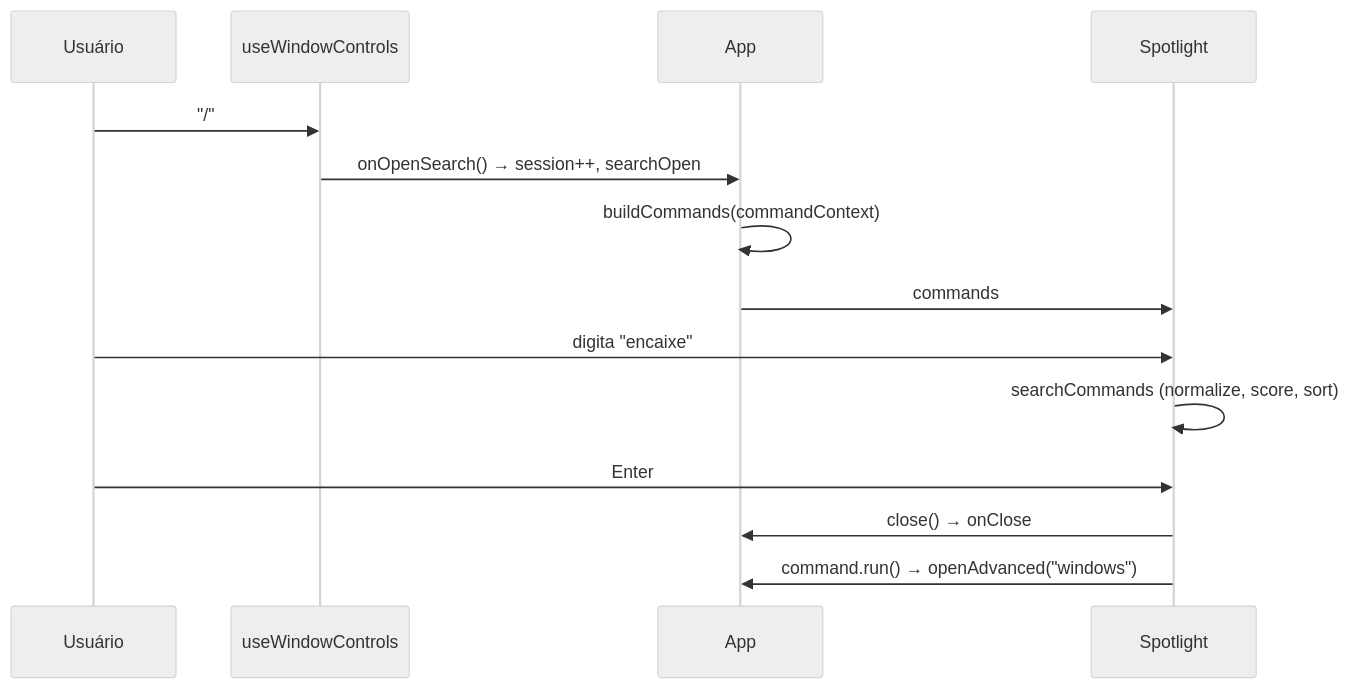
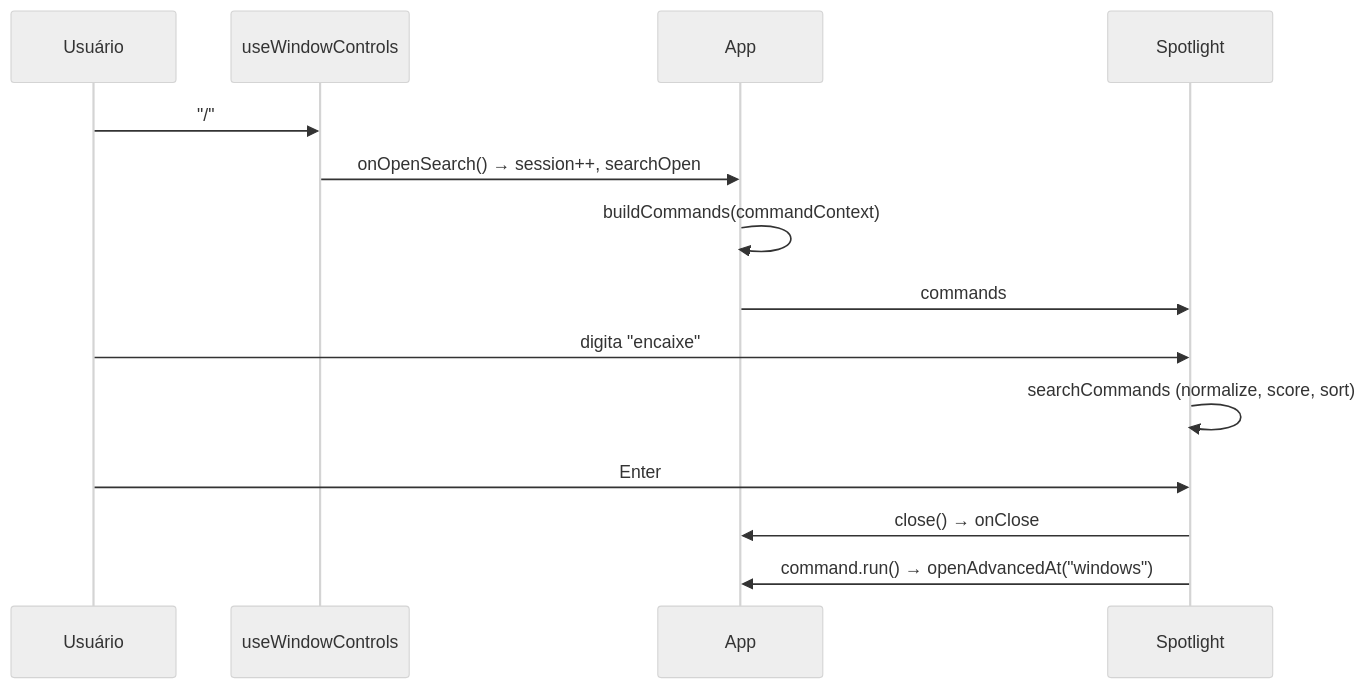
One commit to felipeAguiarCode/jvOS changed the diagram in .specs/features/search/spec.md. Above: the diagram before and after it, drawn with Mermaid (neutral theme). The commit also changed other lines of this file and 90 other files, not shown here.

````diff
--- a/.specs/features/search/spec.md
+++ b/.specs/features/search/spec.md
@@ -236,16 +339,16 @@
 ```mermaid
 sequenceDiagram
   participant U as Usuário
   participant W as useWindowControls
   participant A as App
   participant S as Spotlight
   U->>W: "/"
   W->>A: onOpenSearch() → session++, searchOpen
   A->>A: buildCommands(commandContext)
   A->>S: commands
   U->>S: digita "encaixe"
   S->>S: searchCommands (normalize, score, sort)
   U->>S: Enter
   S->>A: close() → onClose
-  S->>A: command.run() → openAdvanced("windows")
+  S->>A: command.run() → openAdvancedAt("windows")
 ```
````
